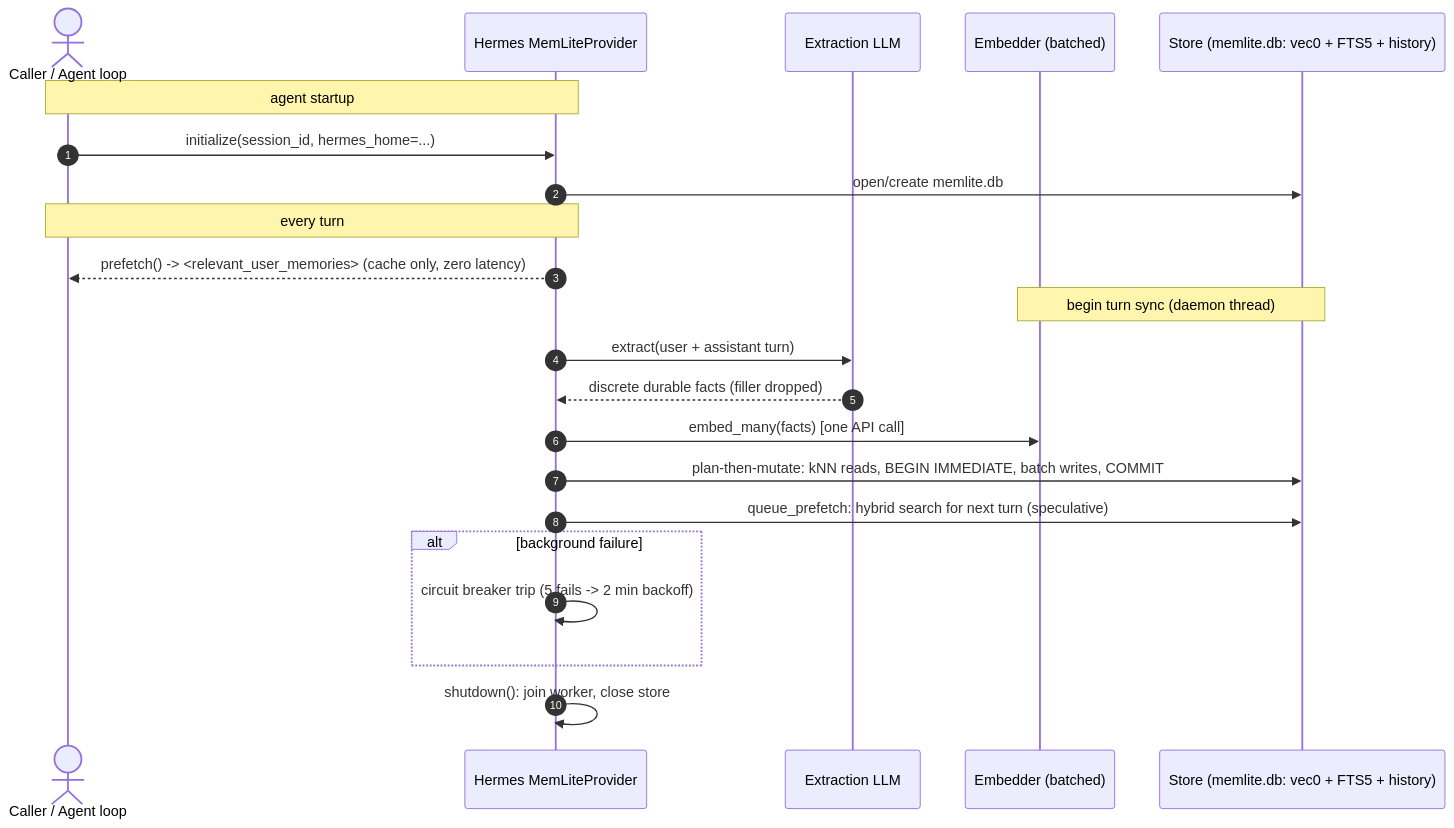
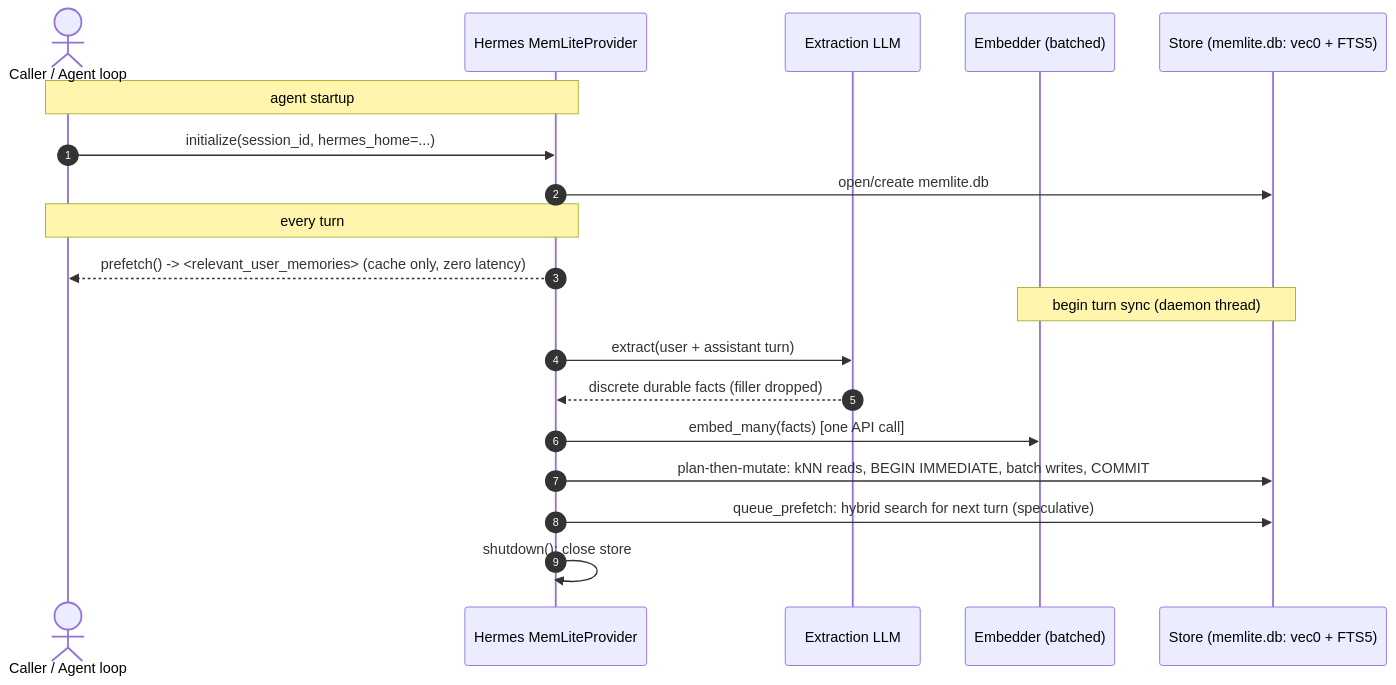
Before and after one commit to AnkitArya/memlite: the diagram in hermes-plugin/docs/provider-sequence.md, drawn with Mermaid. The commit also changed 15 other files, not shown here.

````diff
--- a/hermes-plugin/docs/provider-sequence.md
+++ b/hermes-plugin/docs/provider-sequence.md
@@ -3,28 +3,24 @@
 ```mermaid
 sequenceDiagram
     autonumber
     actor C as Caller / Agent loop
     participant HV as Hermes MemLiteProvider
     participant L as Extraction LLM
     participant E as Embedder (batched)
-    participant S as Store (memlite.db: vec0 + FTS5 + history)
+    participant S as Store (memlite.db: vec0 + FTS5)
 
     note over C,HV: agent startup
     C->>HV: initialize(session_id, hermes_home=...)
     HV->>S: open/create memlite.db
 
     note over C,HV: every turn
     HV-->>C: prefetch() -> <relevant_user_memories> (cache only, zero latency)
     Note over E,S: begin turn sync (daemon thread)
     HV->>L: extract(user + assistant turn)
     L-->>HV: discrete durable facts (filler dropped)
     HV->>E: embed_many(facts)  [one API call]
     HV->>S: plan-then-mutate: kNN reads, BEGIN IMMEDIATE, batch writes, COMMIT
     HV->>S: queue_prefetch: hybrid search for next turn (speculative)
 
-    alt background failure
-        HV->>HV: circuit breaker trip (5 fails -> 2 min backoff)
-    end
-
-    HV->>HV: shutdown(): join worker, close store
+    HV->>HV: shutdown(): close store
 ```
````
